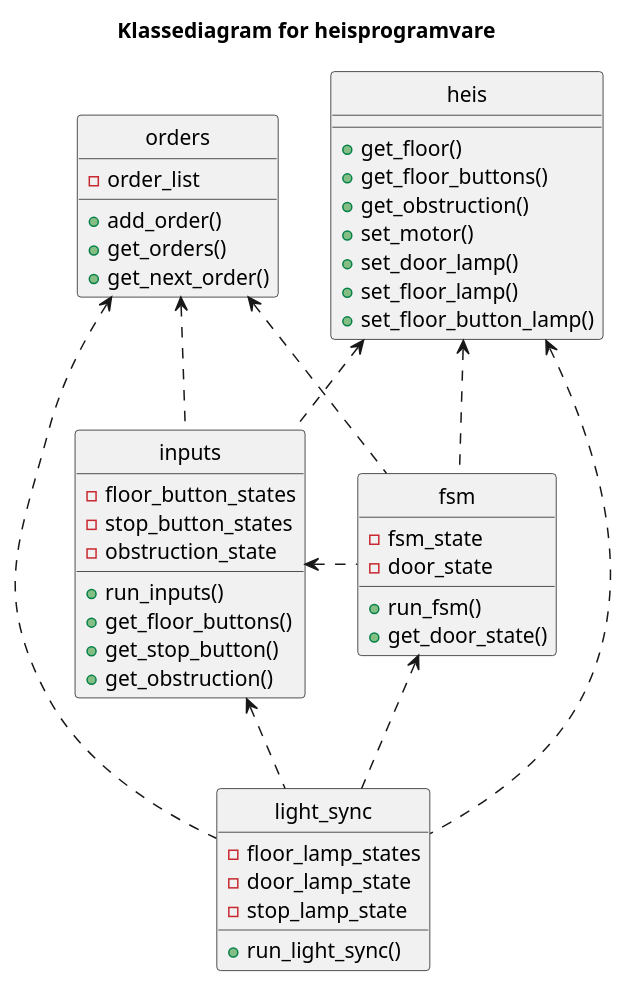
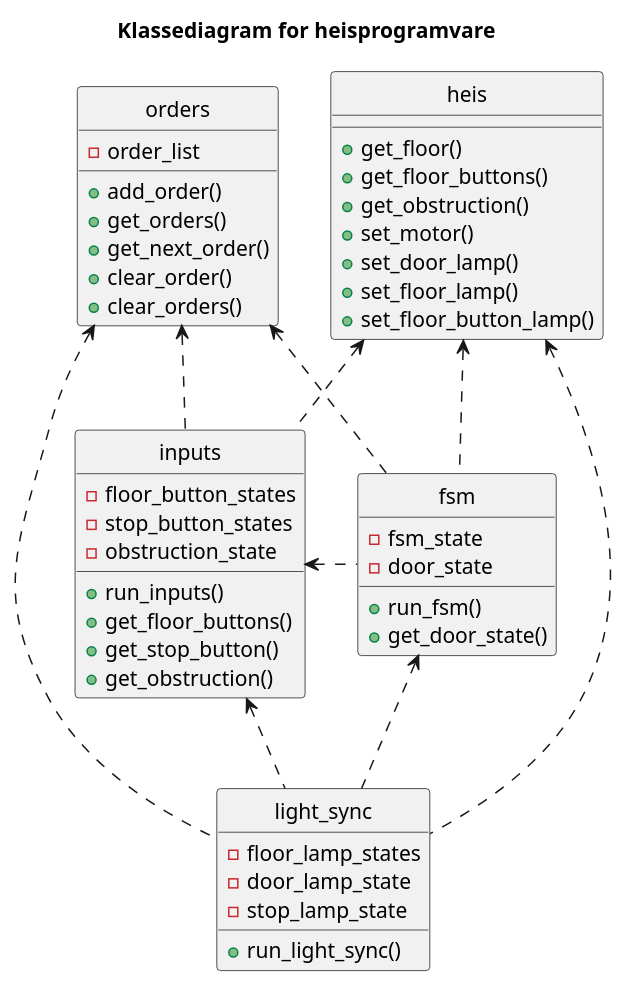
Before and after one commit to Paulijuz/heisinator: the diagram in docs/class_diagram.puml, drawn with PlantUML. The commit also changed 2 other files, not shown here.

Commit message:
fix: add missing methods on orders

```diff
--- a/docs/class_diagram.puml
+++ b/docs/class_diagram.puml
@@ -1,60 +1,62 @@
 @startuml class_diagram
 title "Klassediagram for heisprogramvare"
 
 hide circle
 
 class heis {
     +get_floor()
     +get_floor_buttons()
     +get_obstruction()
     +set_motor()
     +set_door_lamp()
     +set_floor_lamp()
     +set_floor_button_lamp()
 }
 
 class inputs {
     -floor_button_states
     -stop_button_states
     -obstruction_state
 
     +run_inputs()
     +get_floor_buttons()
     +get_stop_button()
     +get_obstruction()
 }
 
 class orders {
     -order_list
     +add_order()
     +get_orders()
     +get_next_order()
+    +clear_order()
+    +clear_orders()
 }
 
 class fsm {
     -fsm_state
     -door_state
     +run_fsm()
     +get_door_state()
 }
 
 class light_sync {
     -floor_lamp_states
     -door_lamp_state
     -stop_lamp_state
     +run_light_sync()
 }
 
 light_sync .up.> inputs
 light_sync .up.> orders
 light_sync .up.> fsm
 light_sync .up.> heis
 
 fsm .up.> heis
 fsm .left.> inputs
 fsm .up.> orders
 
 inputs .up.> heis
 inputs .up.> orders
 
 @enduml
```
